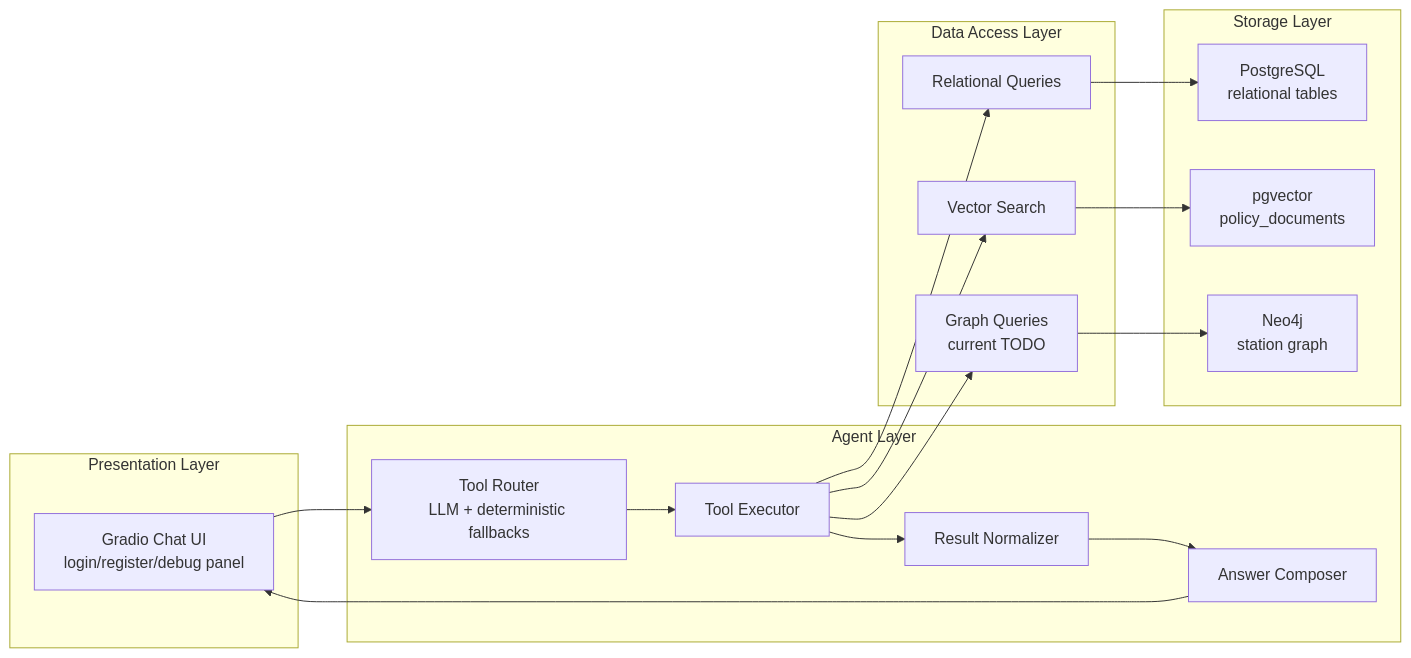
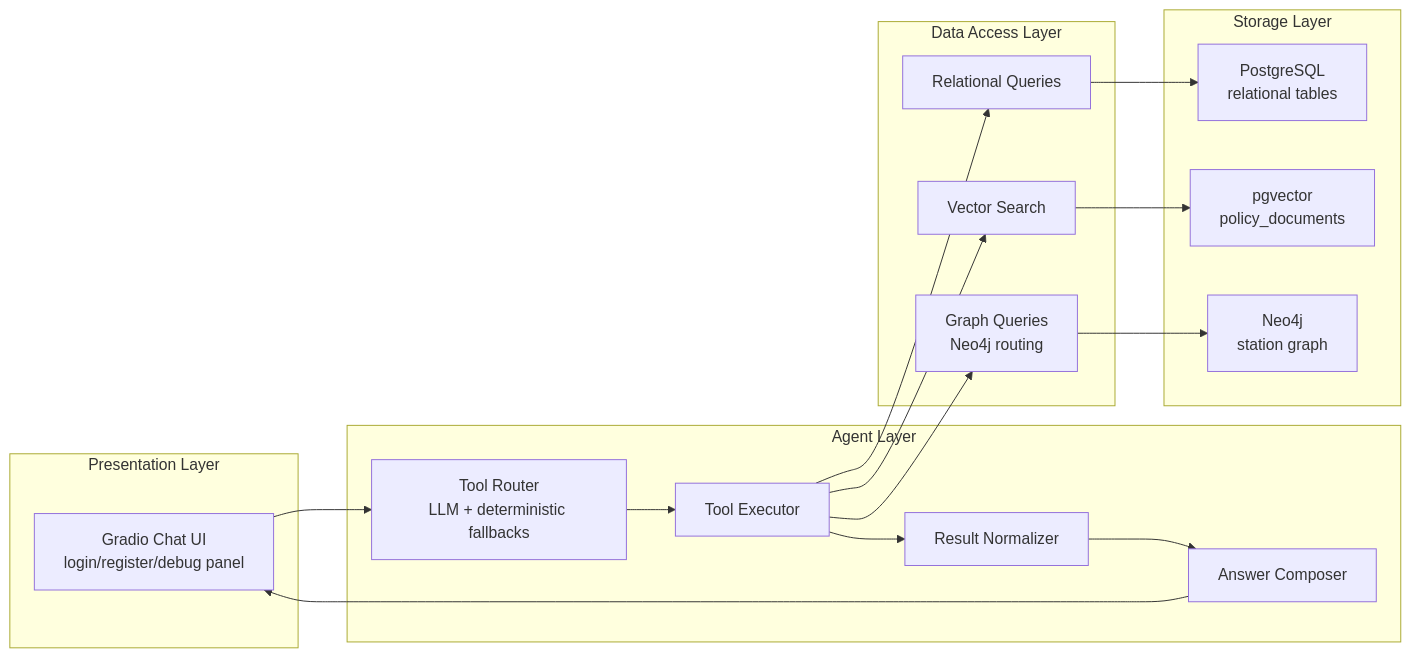
One commit to yichingchang520/Team43_113403012_transitflow changed the second of 4 diagrams in plan/SYSTEM_DESIGN.en.md. Above: the diagram before and after it, drawn with Mermaid. The commit also changed other lines of this file and 1 other file, not shown here.

````diff
--- a/plan/SYSTEM_DESIGN.en.md
+++ b/plan/SYSTEM_DESIGN.en.md
@@ -60,37 +60,37 @@
 ```mermaid
 flowchart LR
     subgraph Presentation["Presentation Layer"]
         UI["Gradio Chat UI<br/>login/register/debug panel"]
     end
 
     subgraph Agent["Agent Layer"]
         Router["Tool Router<br/>LLM + deterministic fallbacks"]
         Exec["Tool Executor"]
         Normalizer["Result Normalizer"]
         Composer["Answer Composer"]
     end
 
     subgraph DataAccess["Data Access Layer"]
         RelQ["Relational Queries"]
         VecQ["Vector Search"]
-        GraphQ["Graph Queries<br/>current TODO"]
+        GraphQ["Graph Queries<br/>Neo4j routing"]
     end
 
     subgraph Storage["Storage Layer"]
         PG["PostgreSQL<br/>relational tables"]
         PV["pgvector<br/>policy_documents"]
         NEO["Neo4j<br/>station graph"]
     end
 
     UI --> Router
     Router --> Exec
     Exec --> RelQ
     Exec --> VecQ
     Exec --> GraphQ
     RelQ --> PG
     VecQ --> PV
     GraphQ --> NEO
     Exec --> Normalizer
     Normalizer --> Composer
     Composer --> UI
 ```
````
